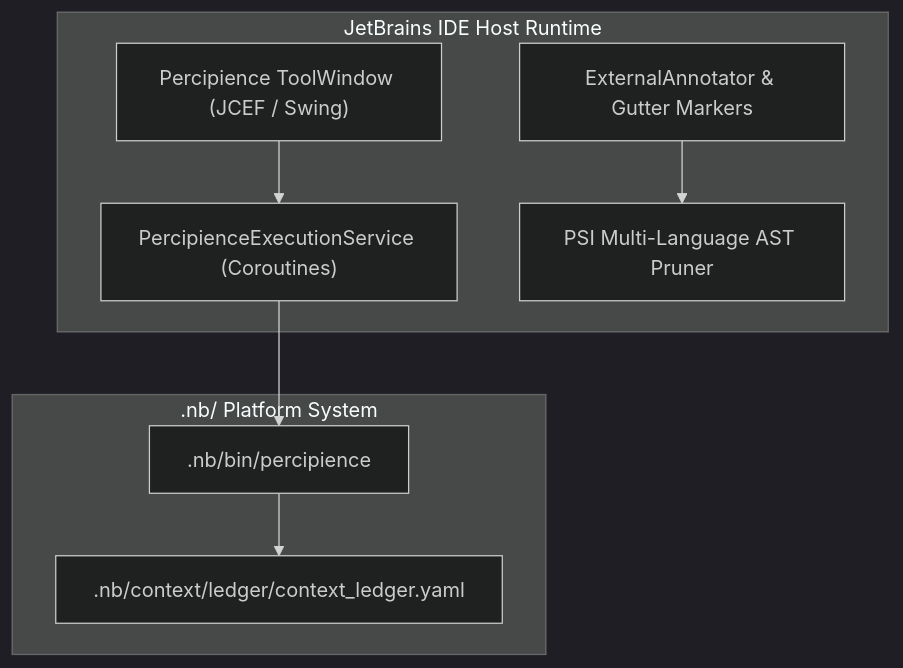
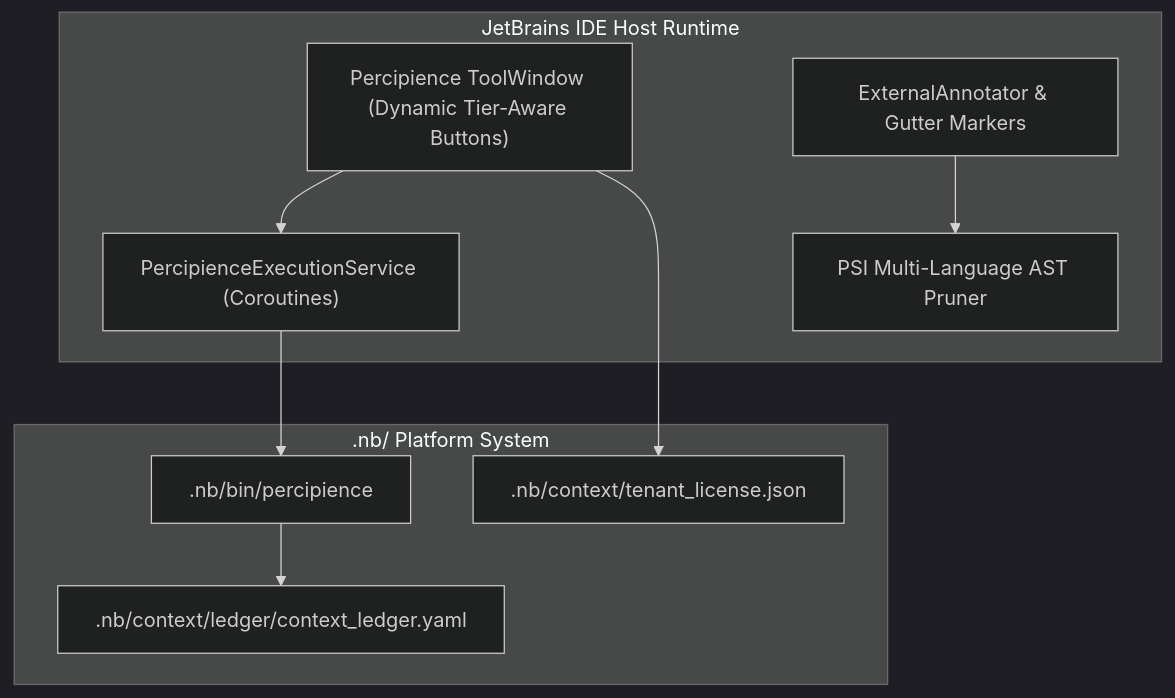
Before and after one commit to lakhwindersingh/nb_fairyfly: the diagram in .nb/plan/l1/intellij-pycharm-plugin/concise.md, drawn with Mermaid (dark theme). The commit also changed other lines of this file and 50 other files, not shown here.

````diff
--- a/.nb/plan/l1/intellij-pycharm-plugin/concise.md
+++ b/.nb/plan/l1/intellij-pycharm-plugin/concise.md
@@ -26,19 +27,21 @@
 ```mermaid
 graph TD
   subgraph JetBrains_IDE_Host["JetBrains IDE Host Runtime"]
-    ToolWindow["Percipience ToolWindow (JCEF / Swing)"]
+    ToolWindow["Percipience ToolWindow (Dynamic Tier-Aware Buttons)"]
     Annotators["ExternalAnnotator & Gutter Markers"]
     ExecService["PercipienceExecutionService (Coroutines)"]
     PsiVisitor["PSI Multi-Language AST Pruner"]
   end
 
   subgraph Local_Platform[".nb/ Platform System"]
     PlatformCli[".nb/bin/percipience"]
     PlatformLedger[".nb/context/ledger/context_ledger.yaml"]
+    LicenseResolver[".nb/context/tenant_license.json"]
   end
 
   ToolWindow --> ExecService
+  ToolWindow --> LicenseResolver
   Annotators --> PsiVisitor
   ExecService --> PlatformCli
   PlatformCli --> PlatformLedger
 ```
````
